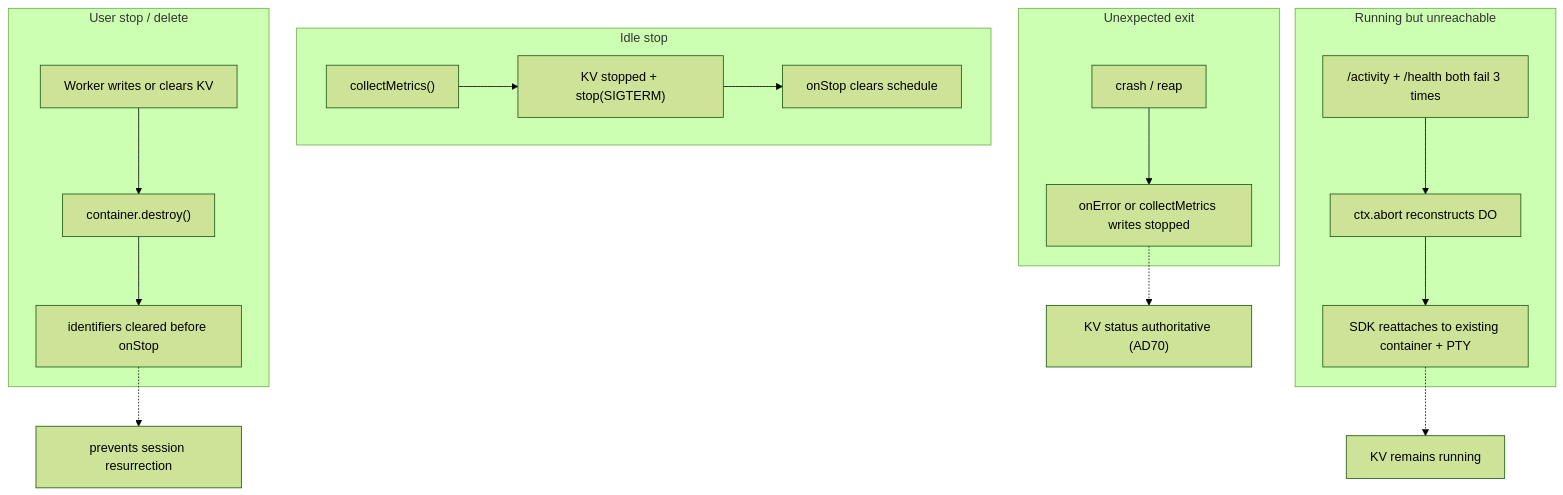
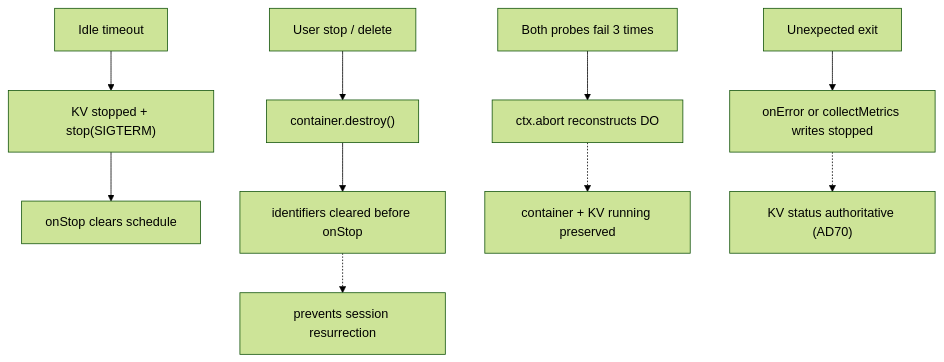
One commit to nikolanovoselec/codeflare changed the fifth of 11 diagrams in documentation/lanes/architecture.md. Above: the diagram before and after it, drawn with Mermaid (forest theme). The commit also changed other lines of this file and 6 other files, not shown here.

Commit message:
fix: preserve usage cadence during transport recovery

````diff
--- a/documentation/lanes/architecture.md
+++ b/documentation/lanes/architecture.md
@@ -461,21 +461,12 @@
 ```mermaid
 flowchart TD
-    subgraph IdleStop["Idle stop"]
-        I1["collectMetrics()"] --> I2["KV stopped + stop(SIGTERM)"]
-        I2 --> I3["onStop clears schedule"]
-    end
-    subgraph UserStopDelete["User stop / delete"]
-        U1["Worker writes or clears KV"] --> U2["container.destroy()"]
-        U2 --> U3["identifiers cleared before onStop"]
-    end
-    subgraph TransportRecovery["Running but unreachable"]
-        R1["/activity + /health both fail 3 times"] --> R2["ctx.abort reconstructs DO"]
-        R2 --> R3["SDK reattaches to existing container + PTY"]
-    end
-    subgraph UnexpectedExit["Unexpected exit"]
-        X1["crash / reap"] --> X2["onError or collectMetrics writes stopped"]
-    end
+    I1["Idle timeout"] --> I2["KV stopped + stop(SIGTERM)"]
+    I2 --> I3["onStop clears schedule"]
+    U1["User stop / delete"] --> U2["container.destroy()"]
+    U2 --> U3["identifiers cleared before onStop"]
+    R1["Both probes fail 3 times"] --> R2["ctx.abort reconstructs DO"]
+    X1["Unexpected exit"] --> X2["onError or collectMetrics writes stopped"]
     U3 -.-> K["prevents session resurrection"]
-    R3 -.-> A["KV remains running"]
+    R2 -.-> A["container + KV running preserved"]
     X2 -.-> B["KV status authoritative (AD70)"]
 ```
````
